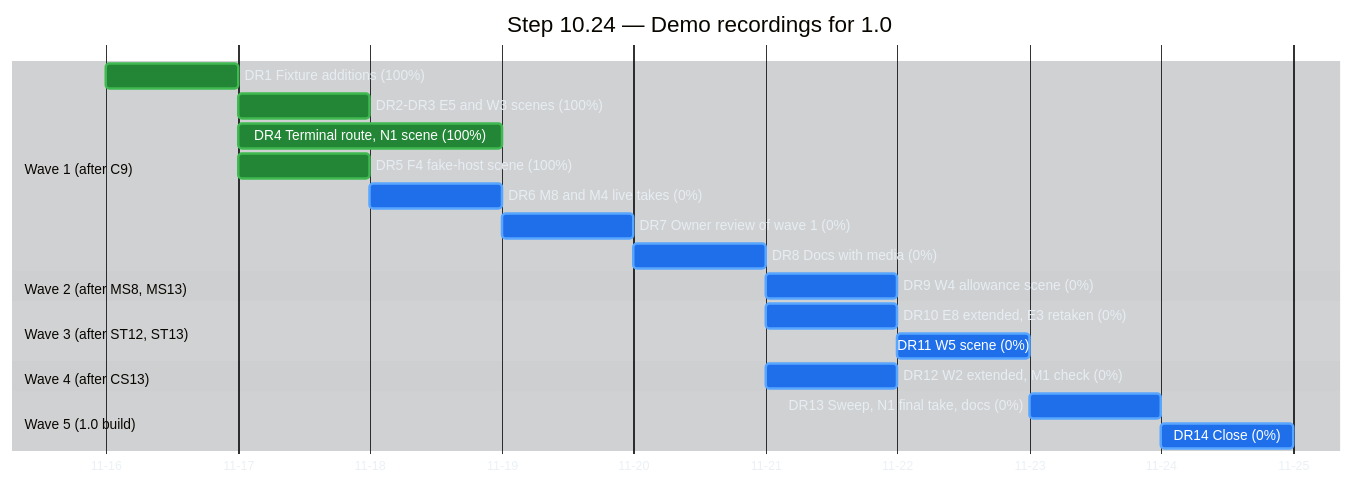
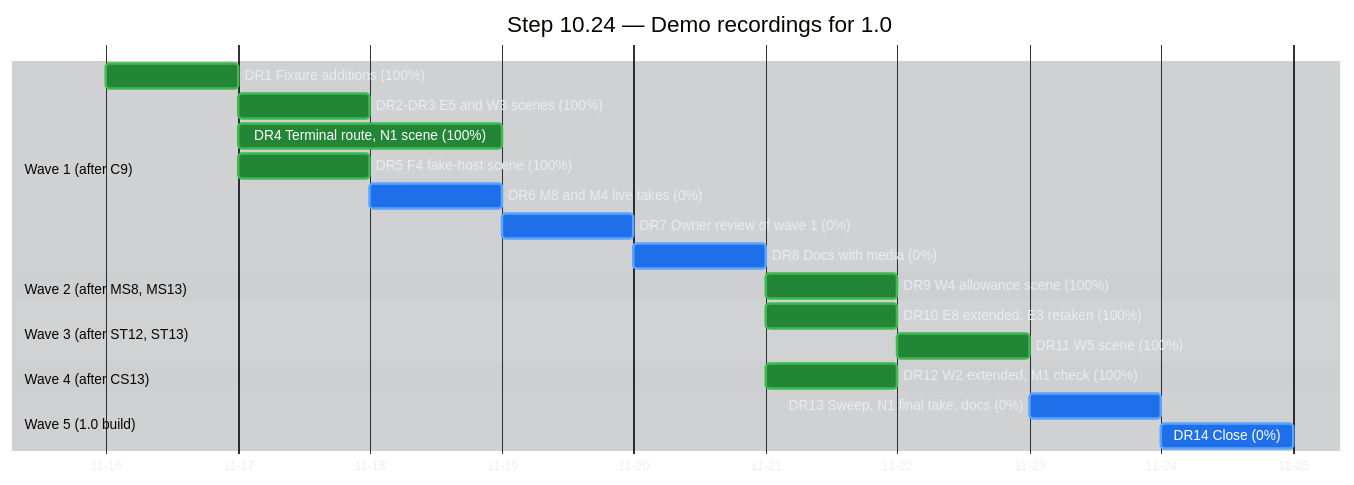
The third of 6 diagrams in docs/implementation-plan-gantt.md (raulkivi/agent-cost-analyzer), drawn with Mermaid before and after one commit. The commit also changed other lines of this file and 2 other files, not shown here.

Commit message:
Status: step 10.24 waves 2-4 done; owner decisions D44-D51
DR9-DR12 done (PRs #404-#406, #408; the W2 take found a replay summary
bug, fixed in #407). The owner's 2026-11-17 interview: GIFs up to 25 s,
retakes of N1, W3, W5 and E3, the recorder stops before the end checks,
DR6 adds the M1 retake, a custom marker tooltip and a W2 retake after 1.0.

````diff
--- a/docs/implementation-plan-gantt.md
+++ b/docs/implementation-plan-gantt.md
@@ -224,57 +224,57 @@
 ```mermaid
 %%{init: {
   "theme": "base",
   "themeVariables": {
     "darkMode": true,
     "background": "#0d1117",
     "textColor": "#e6edf3",
     "primaryTextColor": "#e6edf3",
     "lineColor": "#8b949e",
     "sectionBkgColor": "#161b22",
     "sectionBkgColor2": "#1c2129",
     "altSectionBkgColor": "#0d1117",
     "gridColor": "#30363d",
     "excludeBkgColor": "#161b22",
     "todayLineColor": "#f85149",
     "taskBkgColor": "#1f6feb",
     "taskBorderColor": "#58a6ff",
     "taskTextColor": "#ffffff",
     "taskTextLightColor": "#ffffff",
     "taskTextDarkColor": "#ffffff",
     "taskTextOutsideColor": "#e6edf3",
     "doneTaskBkgColor": "#238636",
     "doneTaskBorderColor": "#3fb950",
     "activeTaskBkgColor": "#9e6a03",
     "activeTaskBorderColor": "#d29922",
     "critBkgColor": "#da3633",
     "critBorderColor": "#f85149"
   }
 }}%%
 gantt
     title Step 10.24 — Demo recordings for 1.0
     dateFormat YYYY-MM-DD
     axisFormat %m-%d
 
     section Wave 1 (after C9)
     DR1 Fixture additions (100%)              :done, d241, 2026-11-16, 1d
     DR2-DR3 E5 and W3 scenes (100%)           :done, d242, after d241, 1d
     DR4 Terminal route, N1 scene (100%)       :done, d244, after d241, 2d
     DR5 F4 fake-host scene (100%)             :done, d245, after d241, 1d
     DR6 M8 and M4 live takes (0%)             :d246, after d245, 1d
     DR7 Owner review of wave 1 (0%)           :d247, after d244 d246, 1d
     DR8 Docs with media (0%)                  :d248, after d247, 1d
 
     section Wave 2 (after MS8, MS13)
-    DR9 W4 allowance scene (0%)               :d249, after d248, 1d
+    DR9 W4 allowance scene (100%)             :done, d249, after d248, 1d
 
     section Wave 3 (after ST12, ST13)
-    DR10 E8 extended, E3 retaken (0%)         :d2410, after d248, 1d
-    DR11 W5 scene (0%)                        :d2411, after d2410, 1d
+    DR10 E8 extended, E3 retaken (100%)       :done, d2410, after d248, 1d
+    DR11 W5 scene (100%)                      :done, d2411, after d2410, 1d
 
     section Wave 4 (after CS13)
-    DR12 W2 extended, M1 check (0%)           :d2412, after d248, 1d
+    DR12 W2 extended, M1 check (100%)         :done, d2412, after d248, 1d
 
     section Wave 5 (1.0 build)
     DR13 Sweep, N1 final take, docs (0%)      :d2413, after d249 d2411 d2412, 1d
     DR14 Close (0%)                           :d2414, after d2413, 1d
 ```
````
